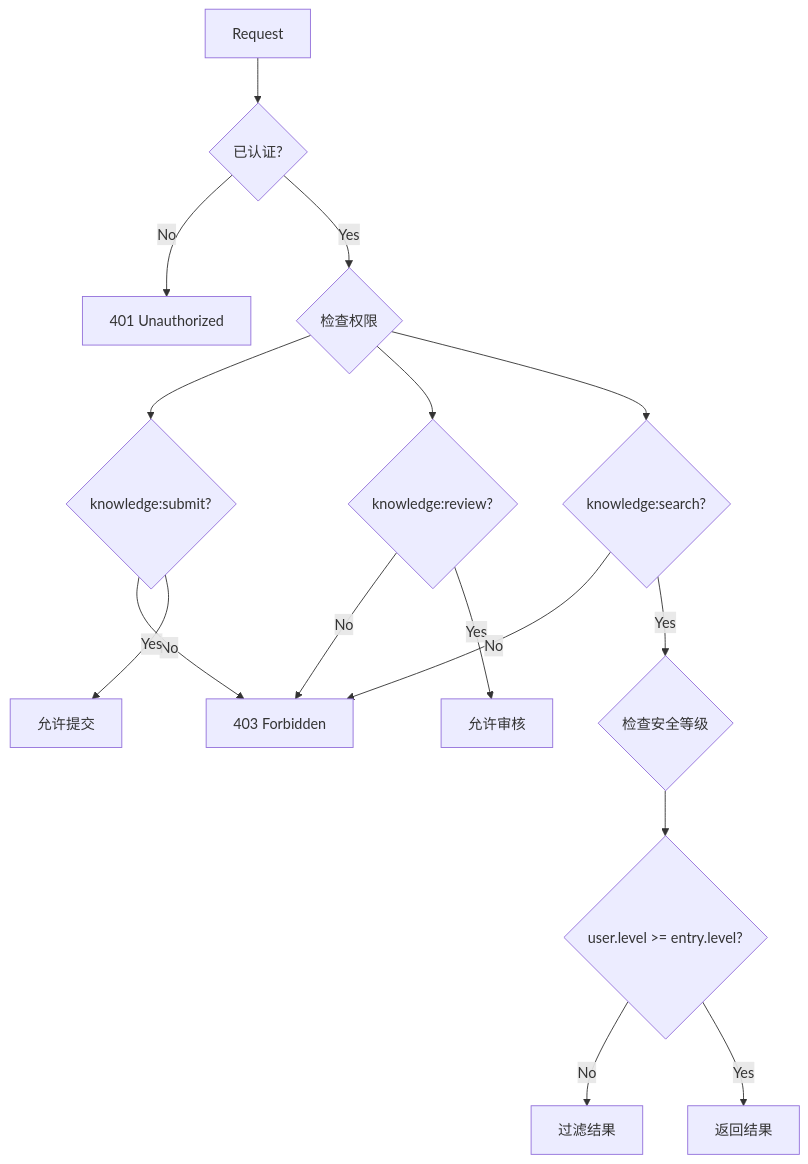
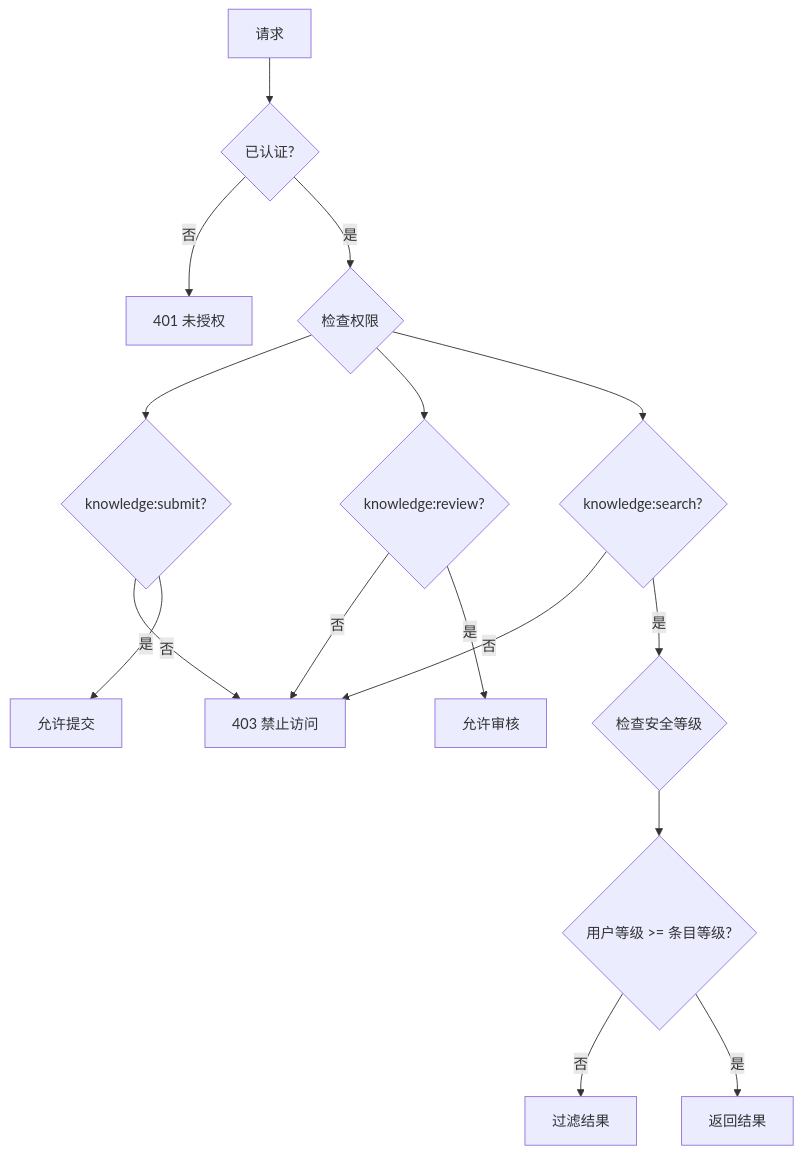
One commit to pofossette/TrapMap-for-vibing changed the third of 3 diagrams in docs/operations/SECURITY.md. Above: the diagram before and after it, drawn with Mermaid. The commit also changed other lines of this file and 31 other files, not shown here.

````diff
--- a/docs/operations/SECURITY.md
+++ b/docs/operations/SECURITY.md
@@ -53,22 +53,22 @@
 ```mermaid
-flowchart TD
-    A[Request] --> B{已认证?}
-    B -->|No| C[401 Unauthorized]
-    B -->|Yes| D{检查权限}
+flowchart TB
+    A[请求] --> B{已认证?}
+    B -->|否| C[401 未授权]
+    B -->|是| D{检查权限}
 
     D --> E{knowledge:submit?}
-    E -->|No| F[403 Forbidden]
-    E -->|Yes| G[允许提交]
+    E -->|否| F[403 禁止访问]
+    E -->|是| G[允许提交]
 
     D --> H{knowledge:review?}
-    H -->|No| F
-    H -->|Yes| I[允许审核]
+    H -->|否| F
+    H -->|是| I[允许审核]
 
     D --> J{knowledge:search?}
-    J -->|No| F
-    J -->|Yes| K{检查安全等级}
+    J -->|否| F
+    J -->|是| K{检查安全等级}
 
-    K --> L{user.level >= entry.level?}
-    L -->|No| M[过滤结果]
-    L -->|Yes| N[返回结果]
+    K --> L{用户等级 >= 条目等级?}
+    L -->|否| M[过滤结果]
+    L -->|是| N[返回结果]
 ```
````
